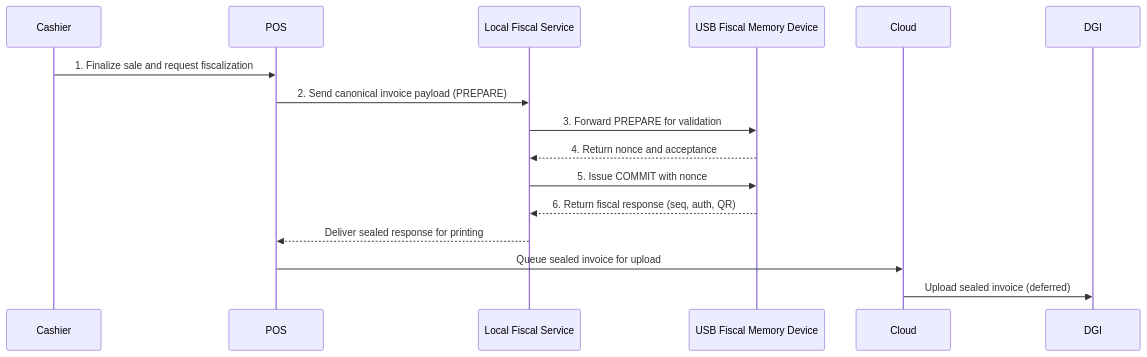
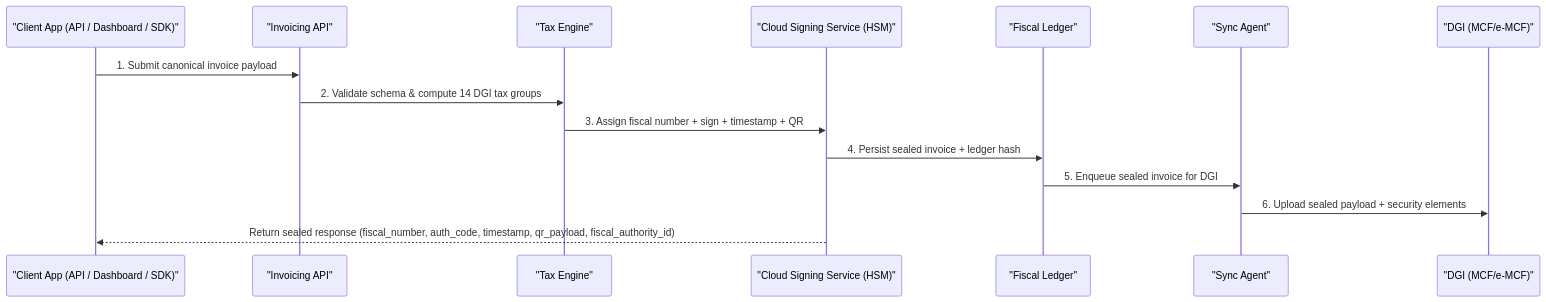
The first of 3 diagrams in design/docs/fiscal/invoice-lifecycle.md (kupapay/docs), drawn with Mermaid before and after one commit. The commit also changed other lines of this file and 65 other files, not shown here.

First line of the commit message:
docs: complete API-first pivot — rewrite all docs for cloud-first invoicing platform

````diff
--- a/design/docs/fiscal/invoice-lifecycle.md
+++ b/design/docs/fiscal/invoice-lifecycle.md
@@ -7,19 +16,18 @@
 ```mermaid
 sequenceDiagram
-    participant Cashier
-    participant POS
-    participant FiscalService as Local Fiscal Service
-    participant DEF as USB Fiscal Memory Device
-    participant Cloud
-    participant DGI
+    participant "Client App (API / Dashboard / SDK)"
+    participant "Invoicing API"
+    participant "Tax Engine"
+    participant "Cloud Signing Service (HSM)"
+    participant "Fiscal Ledger"
+    participant "Sync Agent"
+    participant "DGI (MCF/e-MCF)"
 
-    Cashier->>POS: 1. Finalize sale and request fiscalization
-    POS->>FiscalService: 2. Send canonical invoice payload (PREPARE)
-    FiscalService->>DEF: 3. Forward PREPARE for validation
-    DEF-->>FiscalService: 4. Return nonce and acceptance
-    FiscalService->>DEF: 5. Issue COMMIT with nonce
-    DEF-->>FiscalService: 6. Return fiscal response (seq, auth, QR)
-    FiscalService-->>POS: Deliver sealed response for printing
-    POS->>Cloud: Queue sealed invoice for upload
-    Cloud->>DGI: Upload sealed invoice (deferred)
+    "Client App (API / Dashboard / SDK)"->>"Invoicing API": 1. Submit canonical invoice payload
+    "Invoicing API"->>"Tax Engine": 2. Validate schema & compute 14 DGI tax groups
+    "Tax Engine"->>"Cloud Signing Service (HSM)": 3. Assign fiscal number + sign + timestamp + QR
+    "Cloud Signing Service (HSM)"->>"Fiscal Ledger": 4. Persist sealed invoice + ledger hash
+    "Fiscal Ledger"->>"Sync Agent": 5. Enqueue sealed invoice for DGI
+    "Sync Agent"->>"DGI (MCF/e-MCF)": 6. Upload sealed payload + security elements
+    "Cloud Signing Service (HSM)"-->>"Client App (API / Dashboard / SDK)": Return sealed response (fiscal_number, auth_code, timestamp, qr_payload, fiscal_authority_id)
 ```
````
